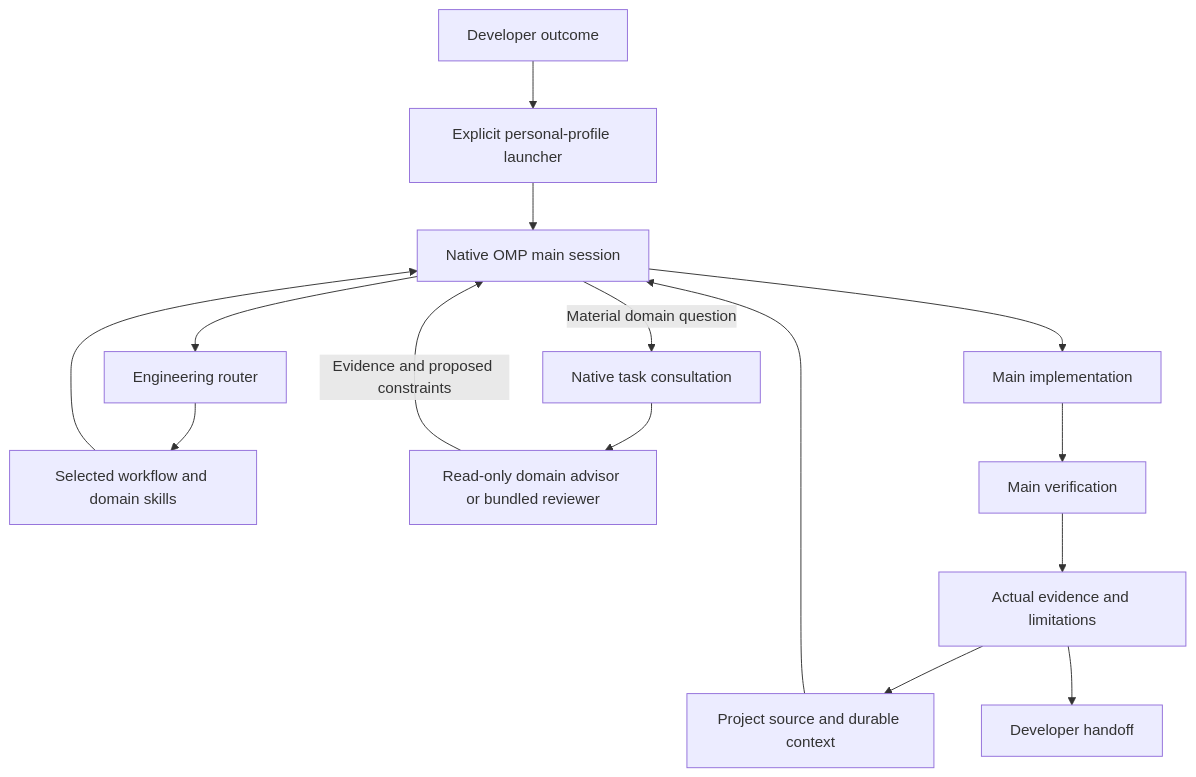
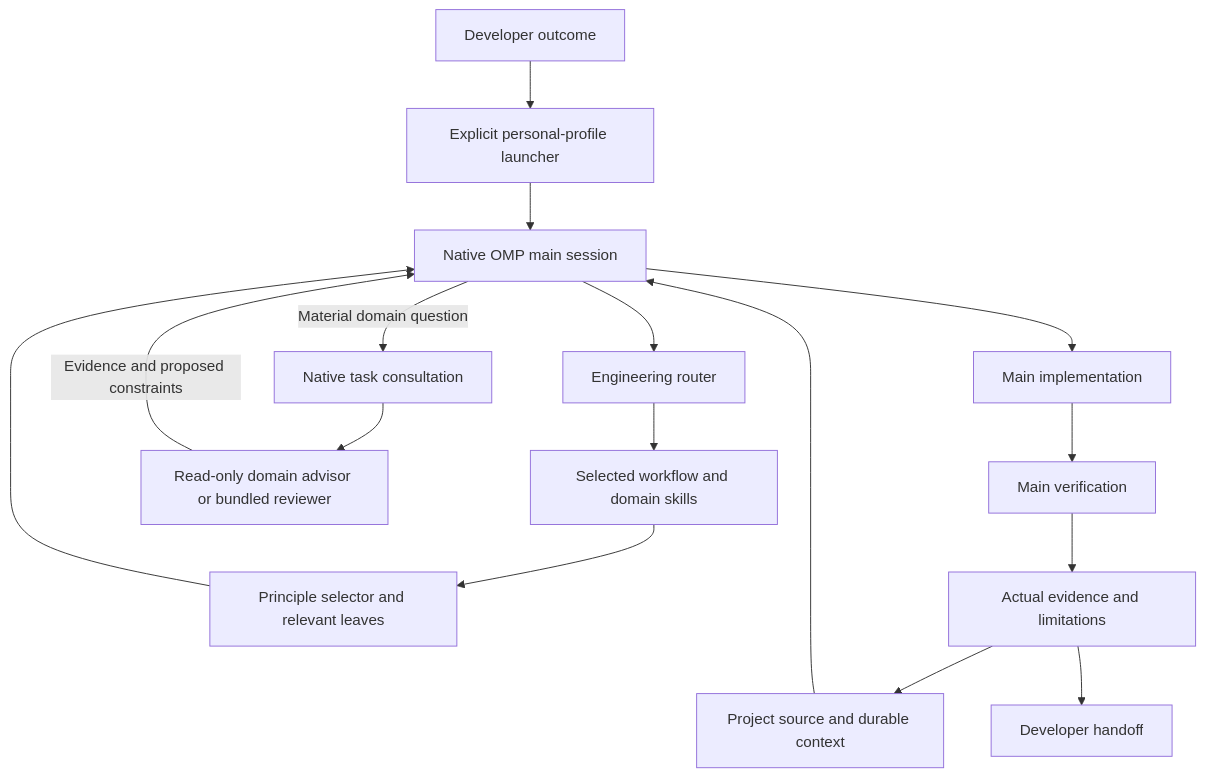
One commit to alduraimron/agent-first changed the diagram in docs/architecture.md. Above: the diagram before and after it, drawn with Mermaid. The commit also changed other lines of this file and 3 other files, not shown here.

````diff
--- a/docs/architecture.md
+++ b/docs/architecture.md
@@ -7,17 +7,18 @@
 ```mermaid
 flowchart TD
     U[Developer outcome] --> L[Explicit personal-profile launcher]
     L --> M[Native OMP main session]
     C[Project source and durable context] --> M
     M --> R[Engineering router]
     R --> W[Selected workflow and domain skills]
-    W --> M
+    W --> P[Principle selector and relevant leaves]
+    P --> M
     M -->|Material domain question| T[Native task consultation]
     T --> A[Read-only domain advisor or bundled reviewer]
     A -->|Evidence and proposed constraints| M
     M --> I[Main implementation]
     I --> V[Main verification]
     V --> E[Actual evidence and limitations]
     E --> C
     E --> H[Developer handoff]
 ```
````
